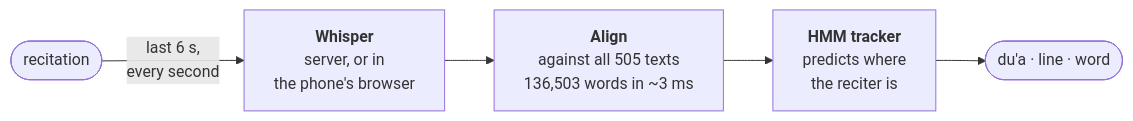
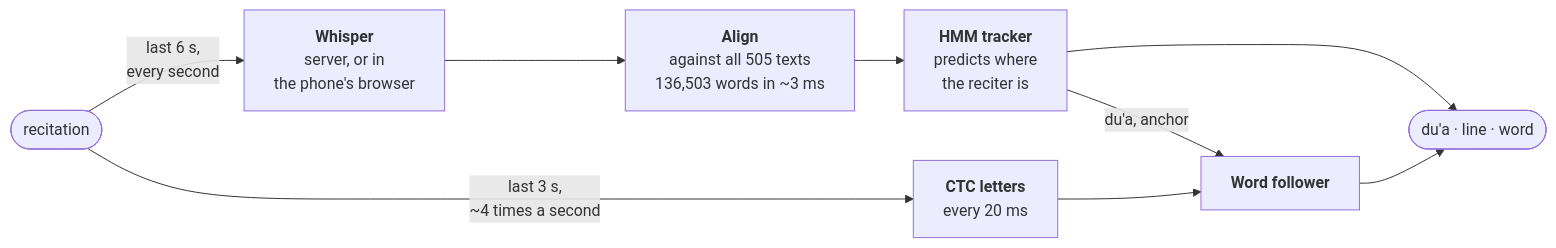
Before and after one commit to Hasan-Mehdi/dua-recognition: the diagram in README.md, drawn with Mermaid. The commit also changed other lines of this file and 91 other files, not shown here.

First line of the commit message:
Phone word follower, latency, stops, repeats, jumps; data harvest tooling

````diff
--- a/README.md
+++ b/README.md
@@ -77,7 +81,11 @@
 ```mermaid
 flowchart LR
     A(["recitation"]) -- "last 6 s,<br/>every second" --> B["<b>Whisper</b><br/>server, or in<br/>the phone's browser"]
     B --> C["<b>Align</b><br/>against all 505 texts<br/>136,503 words in ~3 ms"]
     C --> D["<b>HMM tracker</b><br/>predicts where<br/>the reciter is"]
     D --> E(["du'a · line · word"])
+    A -- "last 3 s,<br/>~4 times a second" --> F["<b>CTC letters</b><br/>every 20 ms"]
+    F --> G["<b>Word follower</b>"]
+    D -- "du'a, anchor" --> G
+    G --> E
 ```
````
